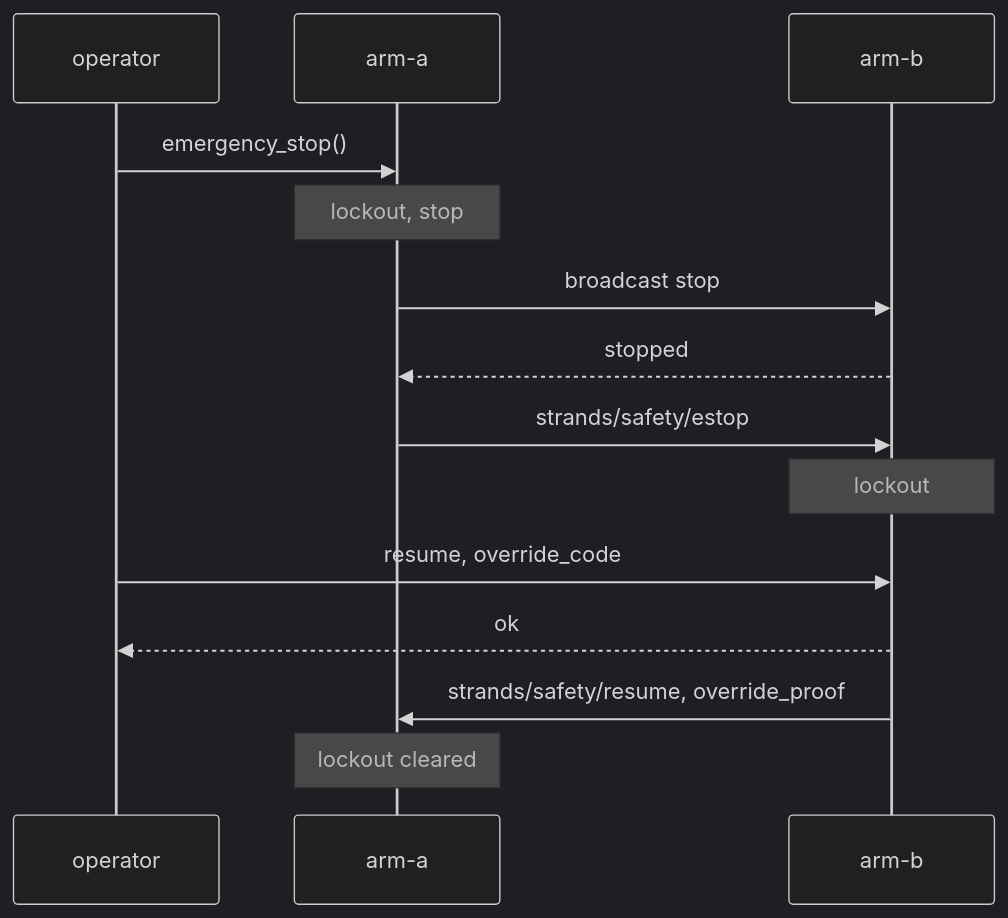
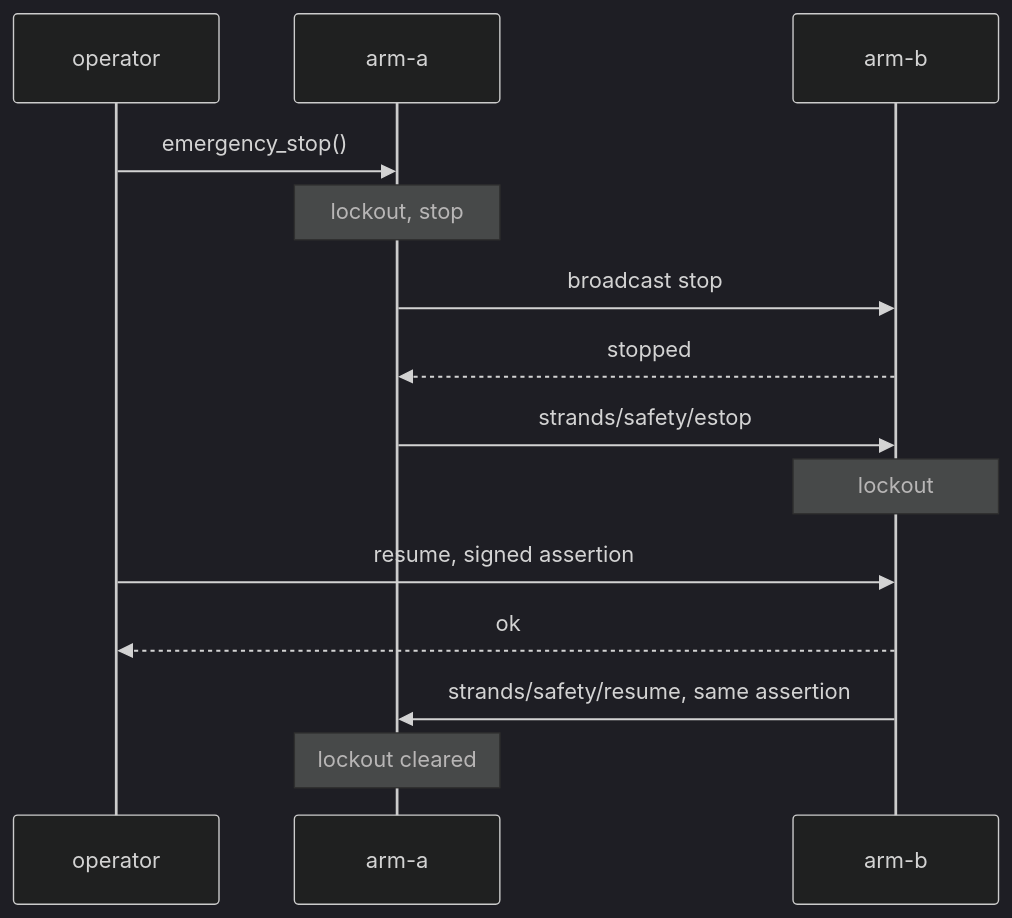
The diagram in docs/learn/mesh/safety-and-estop.md (cagataycali/robots), drawn with Mermaid (dark theme) before and after one commit. The commit also changed other lines of this file and 59 other files, not shown here.

First line of the commit message:
fix(mesh): resume is signed by the operator key, never a code on the command topic

````diff
--- a/docs/learn/mesh/safety-and-estop.md
+++ b/docs/learn/mesh/safety-and-estop.md
@@ -33,16 +34,16 @@
 ```mermaid
 sequenceDiagram
     participant O as operator
     participant A as arm-a
     participant B as arm-b
     O->>A: emergency_stop()
     Note over A: lockout, stop
     A->>B: broadcast stop
     B-->>A: stopped
     A->>B: strands/safety/estop
     Note over B: lockout
-    O->>B: resume, override_code
+    O->>B: resume, signed assertion
     B-->>O: ok
-    B->>A: strands/safety/resume, override_proof
+    B->>A: strands/safety/resume, same assertion
     Note over A: lockout cleared
 ```
````
